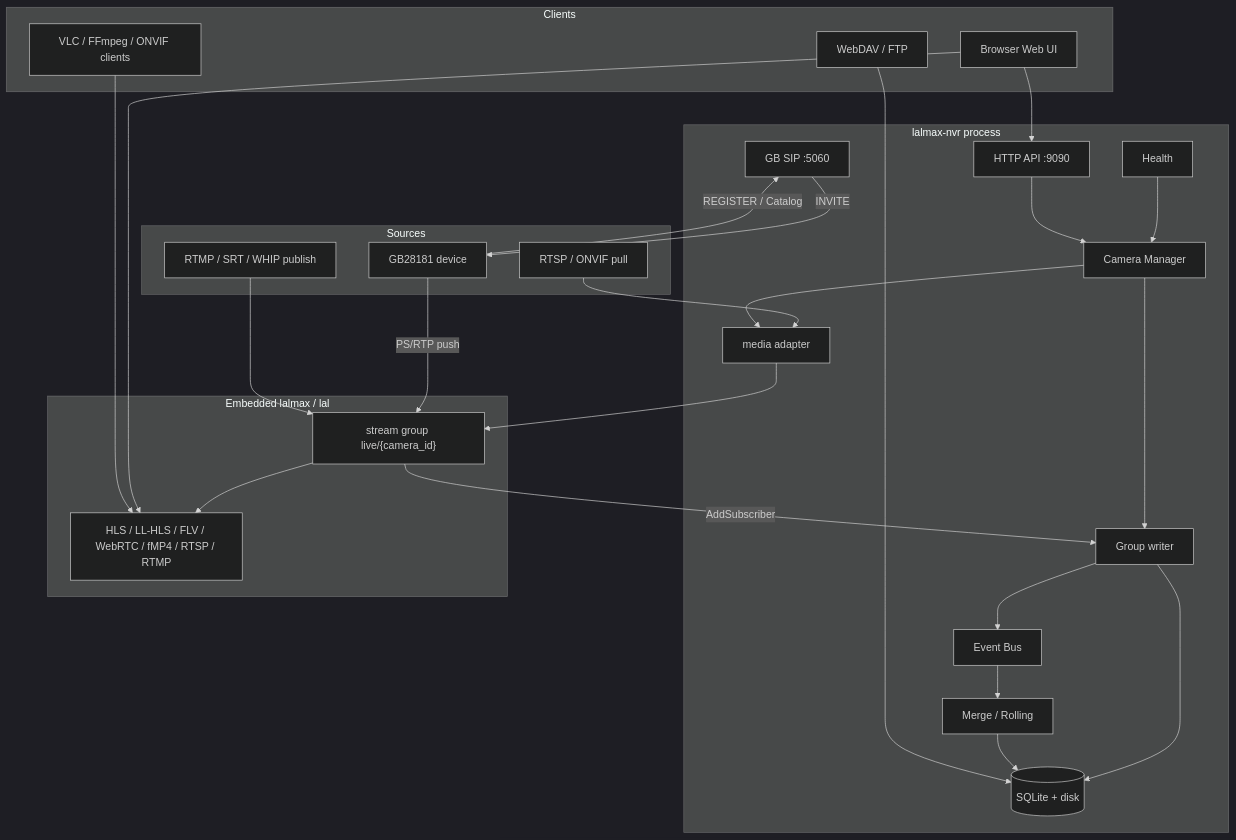
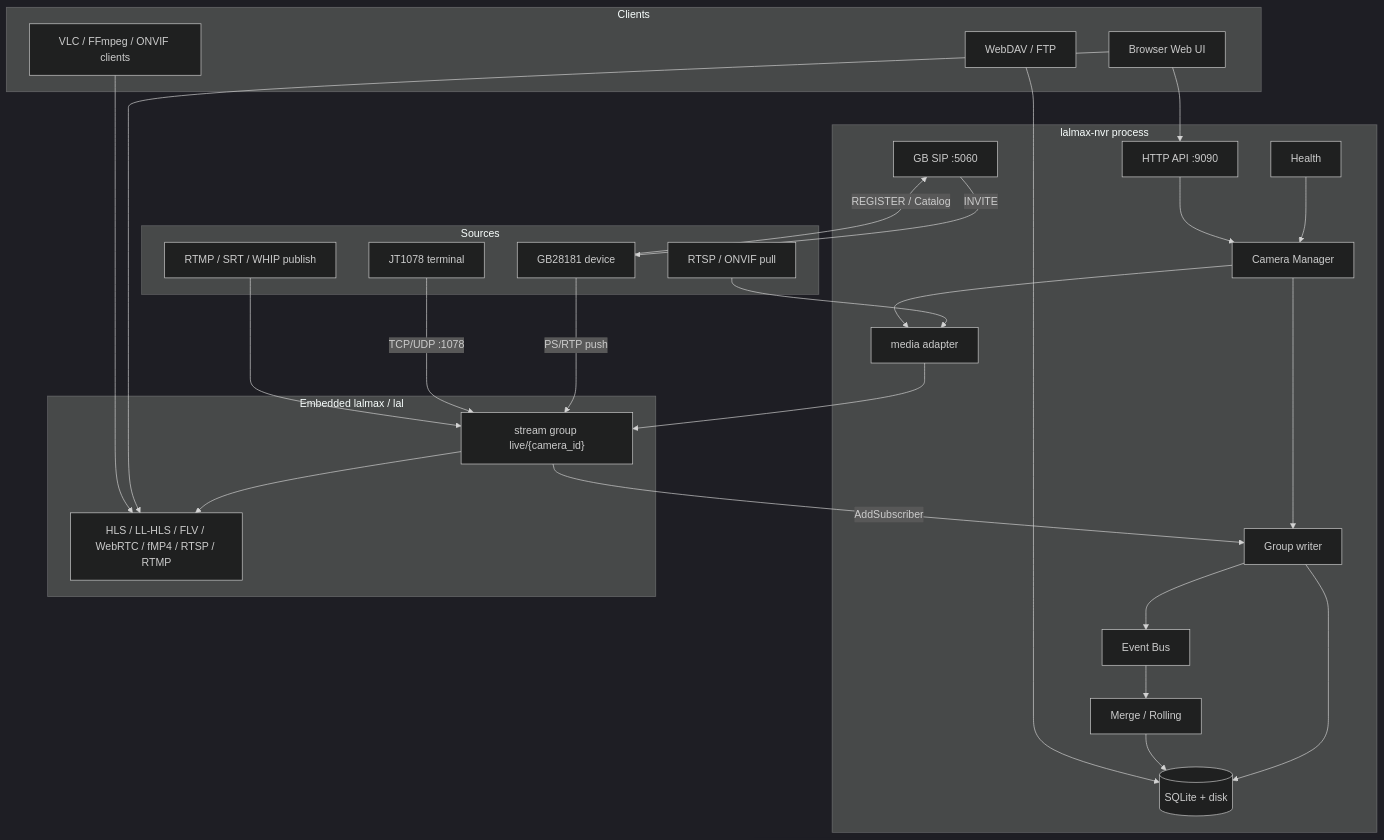
Before and after one commit to lalmax-pro/lalmax-nvr: the first of 7 diagrams in docs/en/architecture.md, drawn with Mermaid (dark theme). The commit also changed other lines of this file and 47 other files, not shown here.

````diff
--- a/docs/en/architecture.md
+++ b/docs/en/architecture.md
@@ -9,52 +9,54 @@
 ```mermaid
 flowchart TB
   subgraph clients [Clients]
     Browser[Browser Web UI]
     Player[VLC / FFmpeg / ONVIF clients]
     Files[WebDAV / FTP]
   end
 
   subgraph nvr [lalmax-nvr process]
     API[HTTP API :9090]
     CamMgr[Camera Manager]
     Rec[Group writer]
     Merge[Merge / Rolling]
     Health[Health]
     Bus[Event Bus]
     Store[(SQLite + disk)]
     SIP[GB SIP :5060]
     MediaAdp[media adapter]
   end
 
   subgraph engine [Embedded lalmax / lal]
     Group["stream group live/{camera_id}"]
     Out[HLS / LL-HLS / FLV / WebRTC / fMP4 / RTSP / RTMP]
   end
 
   subgraph sources [Sources]
     RTSP[RTSP / ONVIF pull]
     GB[GB28181 device]
     Push[RTMP / SRT / WHIP publish]
+    JT[JT1078 terminal]
   end
 
   RTSP --> MediaAdp
   GB -->|REGISTER / Catalog| SIP
   SIP -->|INVITE| GB
   GB -->|PS/RTP push| Group
+  JT -->|TCP/UDP :1078| Group
   Push --> Group
   MediaAdp --> Group
   Group --> Out
   Group -->|AddSubscriber| Rec
   Rec --> Store
   Rec --> Bus
   Bus --> Merge
   Merge --> Store
   CamMgr --> MediaAdp
   CamMgr --> Rec
   Health --> CamMgr
   API --> CamMgr
   Browser --> API
   Browser --> Out
   Player --> Out
   Files --> Store
 ```
````
